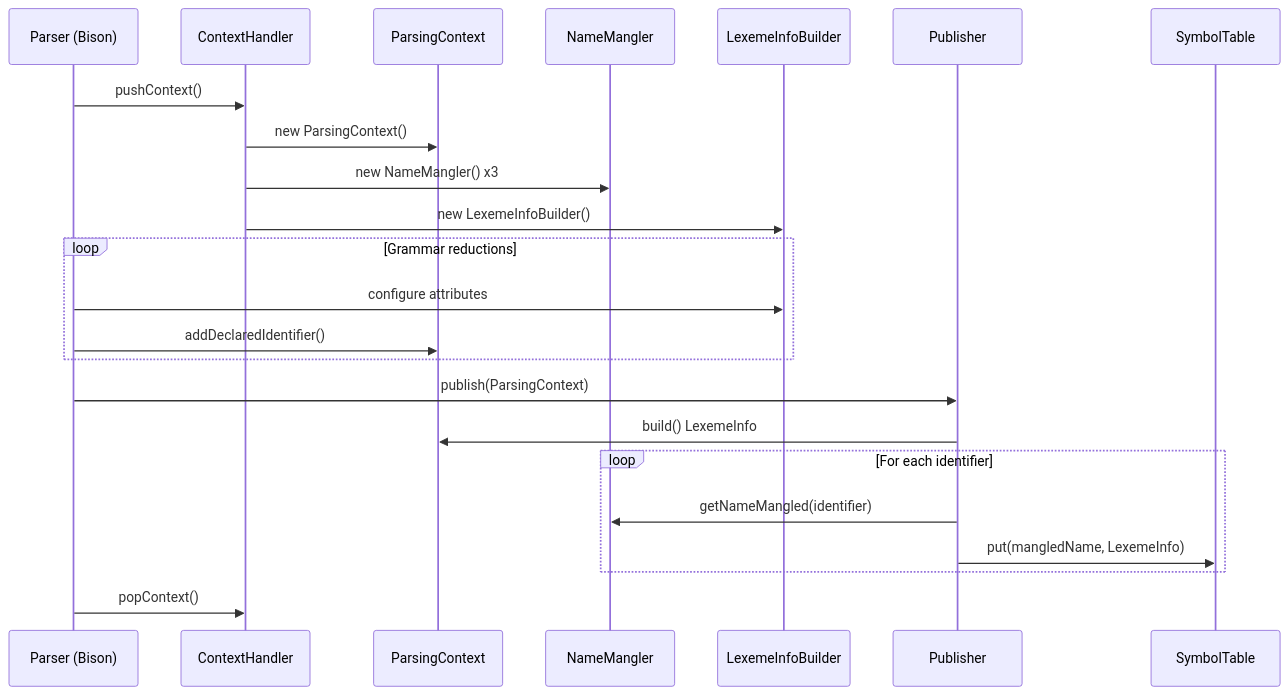
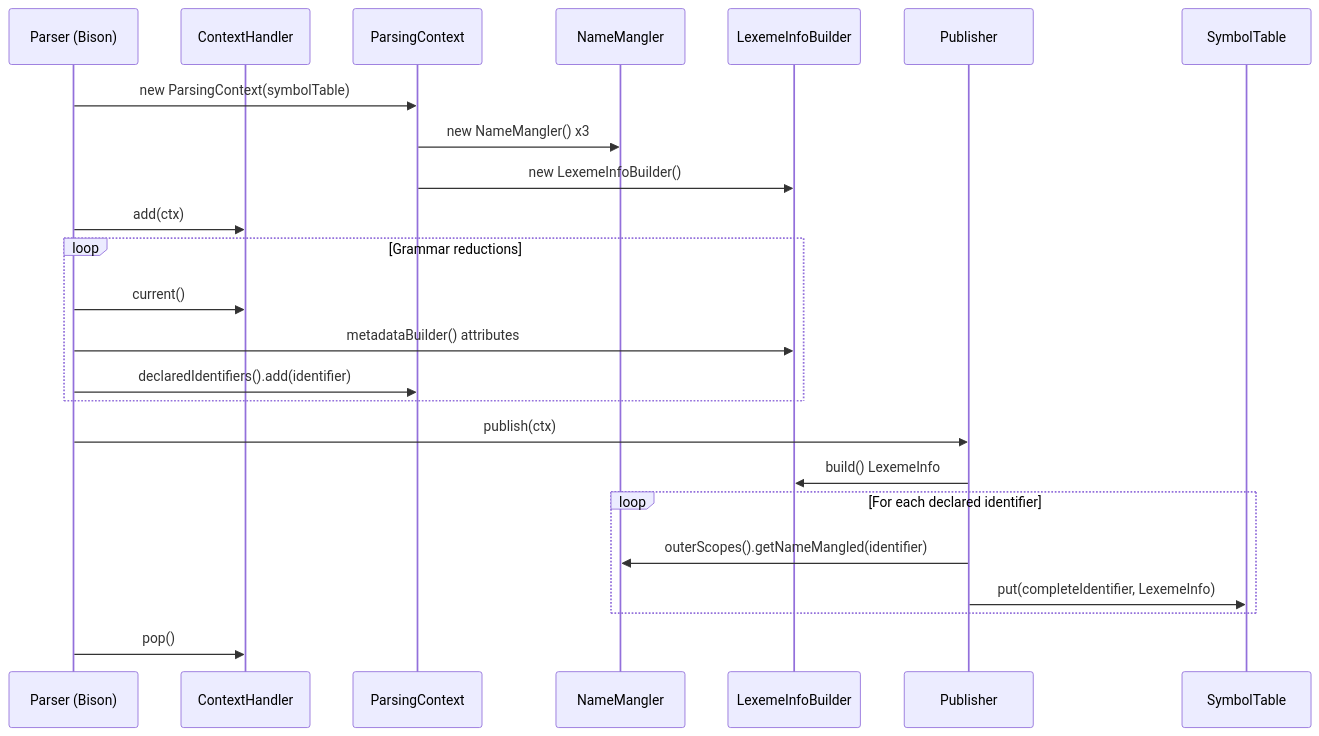
The diagram in doc/diagrams/context_handler_sequence.mmd (PascalUser/FLC-IEC61131-7), drawn with Mermaid before and after one commit. The commit also changed 75 other files, not shown here.

```diff
--- a/doc/diagrams/context_handler_sequence.mmd
+++ b/doc/diagrams/context_handler_sequence.mmd
@@ -1,27 +1,28 @@
 sequenceDiagram
     participant Parser as Parser (Bison)
     participant CH as ContextHandler
     participant PC as ParsingContext
     participant NM as NameMangler
     participant Builder as LexemeInfoBuilder
     participant Pub as Publisher
     participant ST as SymbolTable
 
-    Parser->>CH: pushContext()
-    CH->>PC: new ParsingContext()
-    CH->>NM: new NameMangler() x3
-    CH->>Builder: new LexemeInfoBuilder()
+    Parser->>PC: new ParsingContext(symbolTable)
+    PC->>NM: new NameMangler() x3
+    PC->>Builder: new LexemeInfoBuilder()
+    Parser->>CH: add(ctx)
 
     loop Grammar reductions
-        Parser->>Builder: configure attributes
-        Parser->>PC: addDeclaredIdentifier()
+        Parser->>CH: current()
+        Parser->>Builder: metadataBuilder() attributes
+        Parser->>PC: declaredIdentifiers().add(identifier)
     end
 
-    Parser->>Pub: publish(ParsingContext)
-    Pub->>PC: build() LexemeInfo
-    loop For each identifier
-        Pub->>NM: getNameMangled(identifier)
-        Pub->>ST: put(mangledName, LexemeInfo)
+    Parser->>Pub: publish(ctx)
+    Pub->>Builder: build() LexemeInfo
+    loop For each declared identifier
+        Pub->>NM: outerScopes().getNameMangled(identifier)
+        Pub->>ST: put(completeIdentifier, LexemeInfo)
     end
 
-    Parser->>CH: popContext()
+    Parser->>CH: pop()
```
